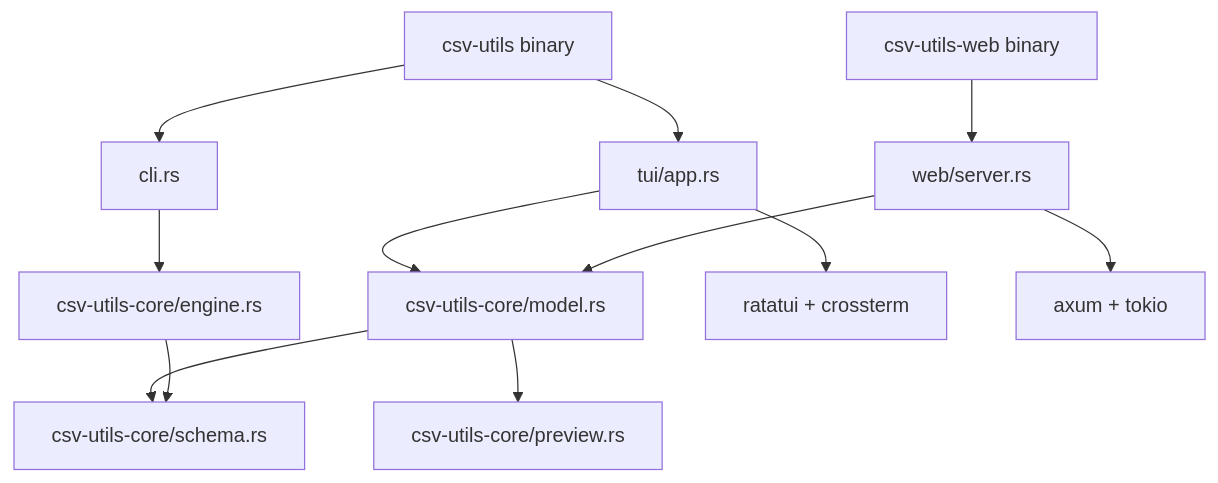
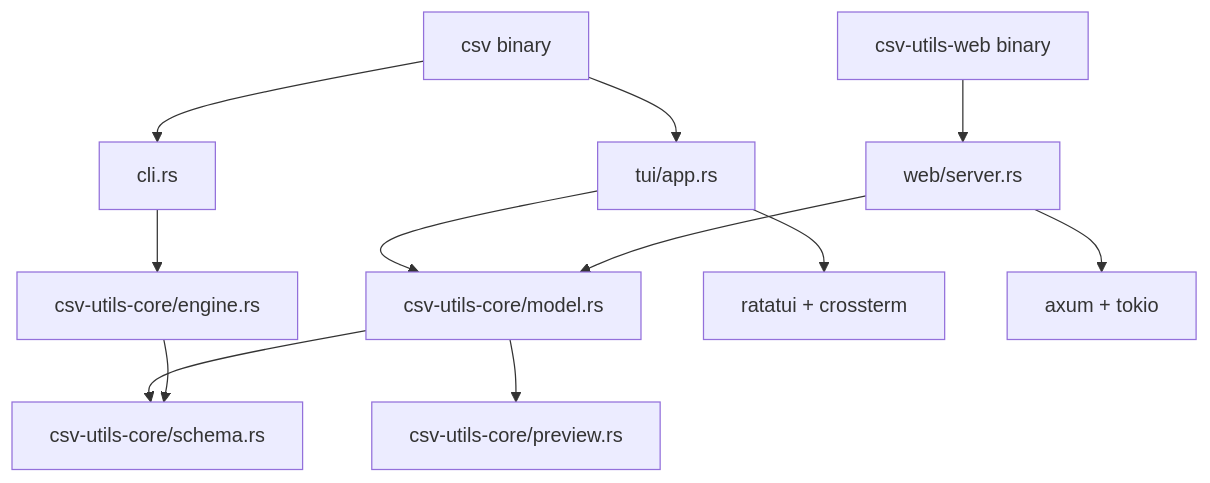
One commit to amirhosseindavoody/csv-utils changed the diagram in docs/architecture.md. Above: the diagram before and after it, drawn with Mermaid. The commit also changed 10 other files, not shown here.

First line of the commit message:
Rename `csv-utils` to `csv` across the project

````diff
--- a/docs/architecture.md
+++ b/docs/architecture.md
@@ -7,14 +7,14 @@
 ```mermaid
 flowchart TB
-  bin[csv-utils binary] --> cli[cli.rs]
+  bin[csv binary] --> cli[cli.rs]
   bin --> tui[tui/app.rs]
   web[csv-utils-web binary] --> web_srv[web/server.rs]
   cli --> engine[csv-utils-core/engine.rs]
   tui --> model[csv-utils-core/model.rs]
   web_srv --> model
   model --> preview[csv-utils-core/preview.rs]
   model --> schema[csv-utils-core/schema.rs]
   engine --> schema
   tui --> ratatui[ratatui + crossterm]
   web_srv --> axum[axum + tokio]
 ```
````
